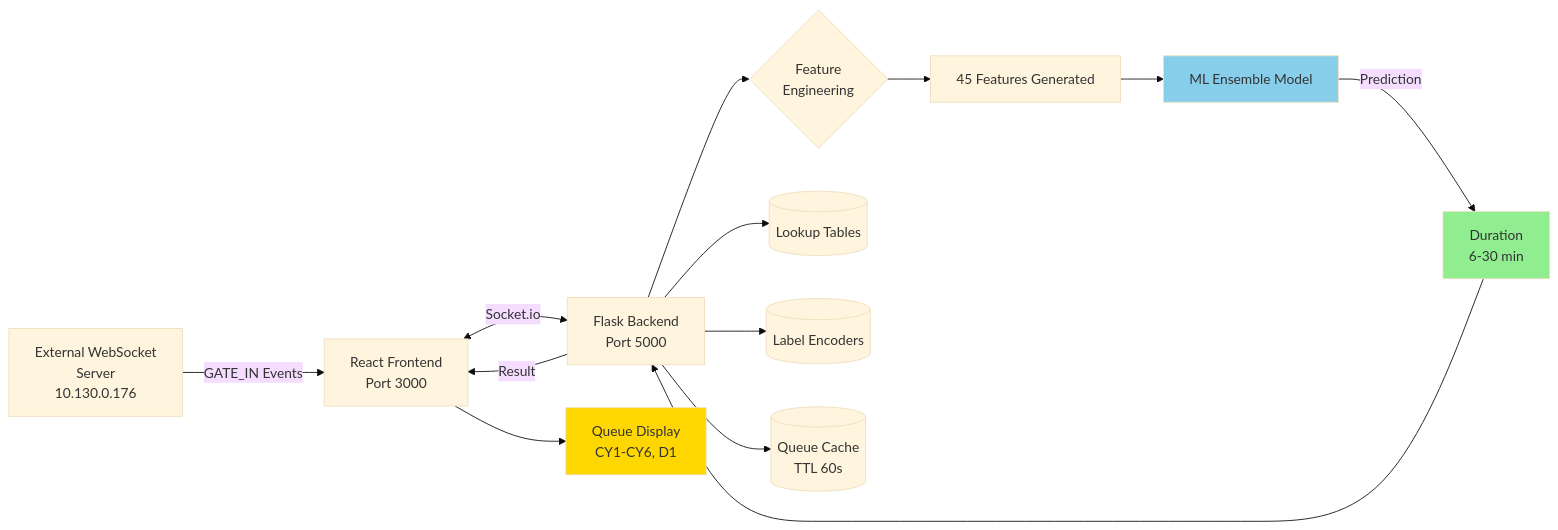
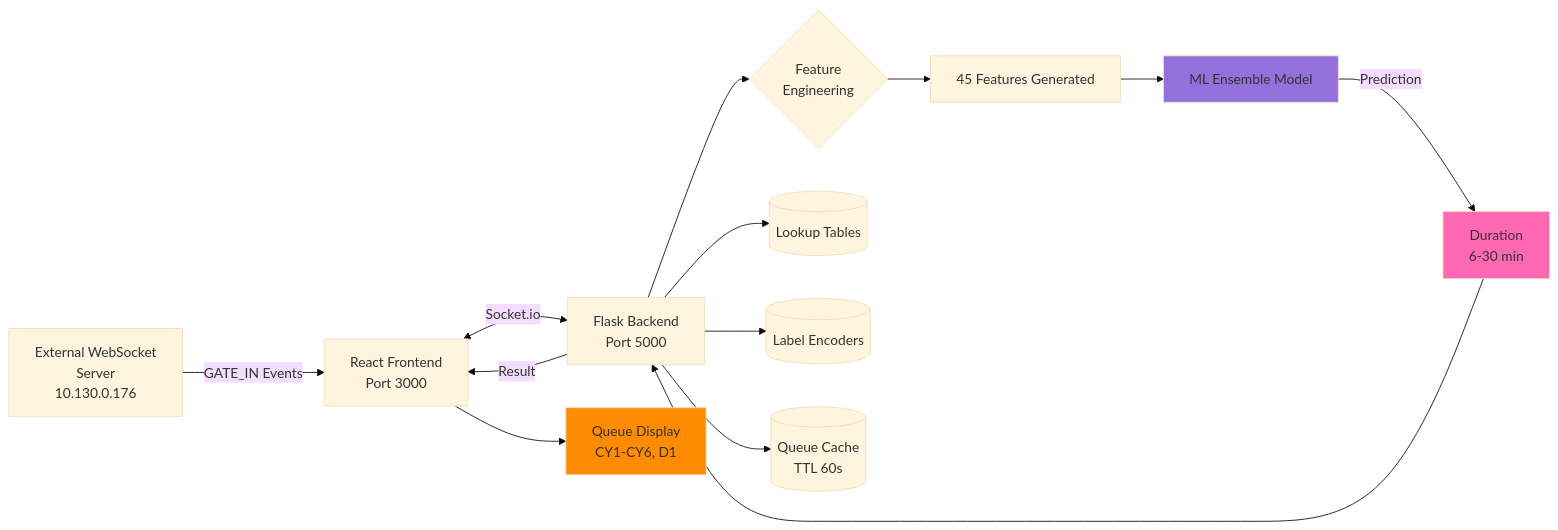
The second of 8 diagrams in FLOWCHART.md (Daffa-afaf/ARTG-Queue-Prediction), drawn with Mermaid (base theme) before and after one commit. The commit also changed other lines of this file, not shown here.

First line of the commit message:
fix: Revise FLOWCHART.md for accuracy and readability

````diff
--- a/FLOWCHART.md
+++ b/FLOWCHART.md
@@ -45,27 +45,27 @@
 ```mermaid
 graph LR
     A[External WebSocket<br/>Server<br/>10.130.0.176] -->|GATE_IN Events| B[React Frontend<br/>Port 3000]
     
     B <-->|Socket.io| C[Flask Backend<br/>Port 5000]
     
     C --> D{Feature<br/>Engineering}
     
     D --> E[45 Features Generated]
     
     E --> F[ML Ensemble Model]
     
     F -->|Prediction| G[Duration<br/>6-30 min]
     
     G --> C
     C -->|Result| B
     
     B --> H[Queue Display<br/>CY1-CY6, D1]
     
     C --> I[(Lookup Tables)]
     C --> J[(Label Encoders)]
     C --> K[(Queue Cache<br/>TTL 60s)]
     
-    style F fill:#87CEEB
-    style G fill:#90EE90
-    style H fill:#FFD700
+    style F fill:#9370DB
+    style G fill:#FF69B4
+    style H fill:#FF8C00
 ```
````
